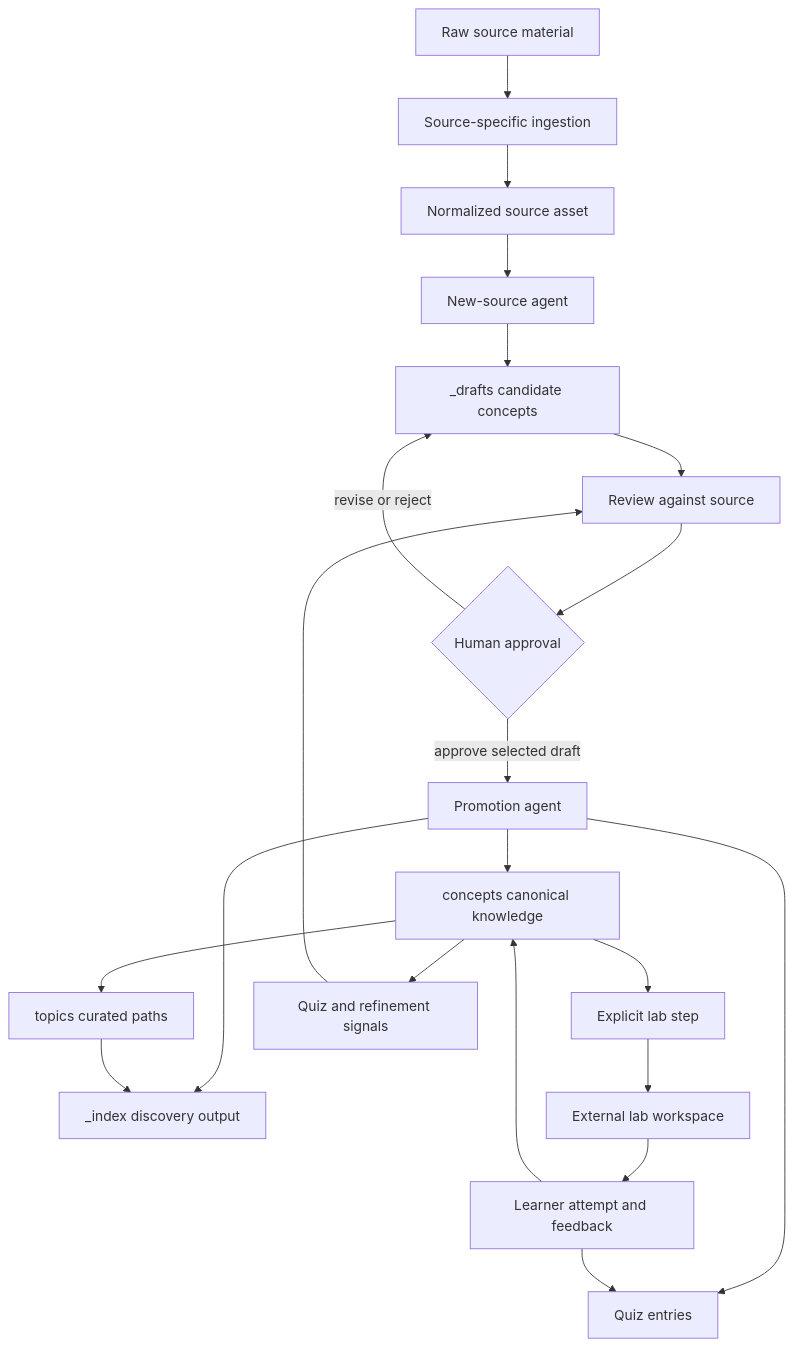
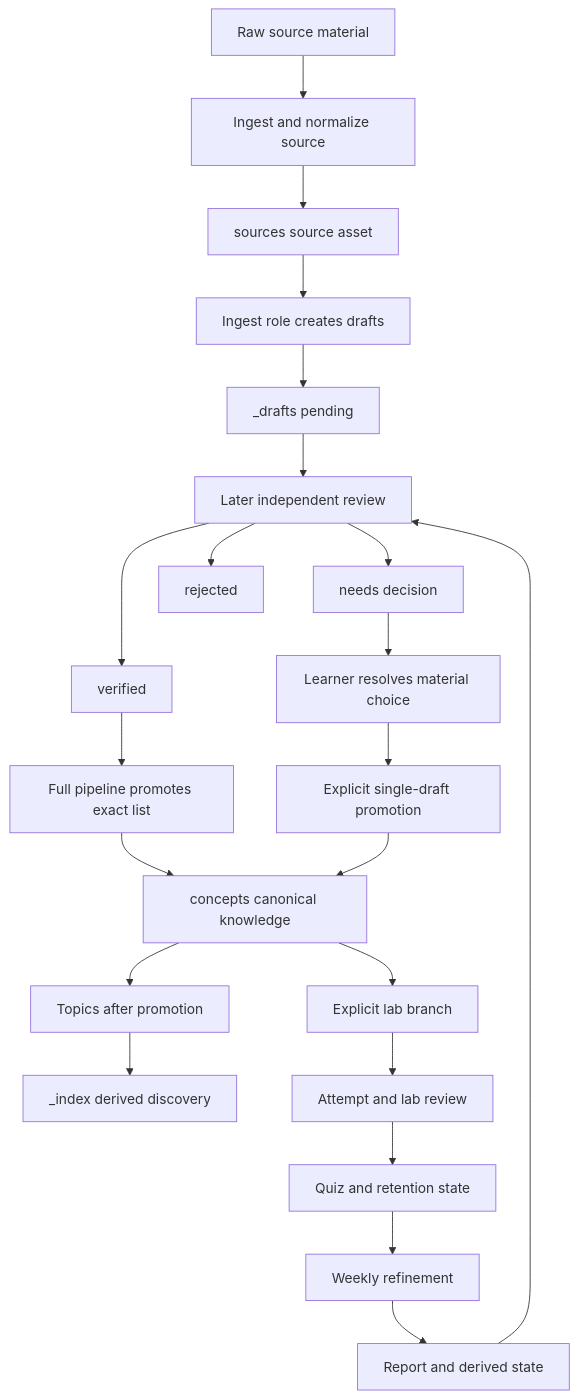
Before and after one commit to btceth9386-bot/study-vault: the diagram in openwiki/workflows/knowledge-lifecycle.md, drawn with Mermaid. The commit also changed other lines of this file and 16 other files, not shown here.

````diff
--- a/openwiki/workflows/knowledge-lifecycle.md
+++ b/openwiki/workflows/knowledge-lifecycle.md
@@ -49,23 +53,24 @@
 ```mermaid
 flowchart TD
-    Intake["Raw source material"] --> Normalize["Source-specific ingestion"]
-    Normalize --> Source["Normalized source asset"]
-    Source --> Drafting["New-source agent"]
-    Drafting --> Drafts["_drafts candidate concepts"]
-    Drafts --> Review["Review against source"]
-    Review --> Decision{"Human approval"}
-    Decision -->|"revise or reject"| Drafts
-    Decision -->|"approve selected draft"| Promote["Promotion agent"]
+    Raw["Raw source material"] --> Normalize["Ingest and normalize source"]
+    Normalize --> Source["sources source asset"]
+    Source --> Draft["Ingest role creates drafts"]
+    Draft --> Pending["_drafts pending"]
+    Pending --> Review["Source-scoped evidence review"]
+    Review --> Verified["verified"]
+    Review --> Decision["needs decision"]
+    Review --> Rejected["rejected"]
+    Verified --> Promote["Full pipeline promotes exact list"]
+    Decision --> Learner["Learner resolves material choice"]
+    Learner --> Manual["Explicit single-draft promotion"]
     Promote --> Concepts["concepts canonical knowledge"]
-    Promote --> Quiz["Quiz entries"]
-    Promote --> Indexes["_index discovery output"]
-    Concepts --> Topics["topics curated paths"]
-    Topics --> Indexes
-    Concepts --> Lab["Explicit lab step"]
-    Lab --> External["External lab workspace"]
-    External --> LabReview["Learner attempt and feedback"]
-    LabReview --> Quiz
-    LabReview --> Concepts
-    Concepts --> Retention["Quiz and refinement signals"]
-    Retention --> Review
+    Manual --> Concepts
+    Concepts --> Topics["Topics after promotion"]
+    Topics --> Indexes["_index derived discovery"]
+    Concepts --> Lab["Explicit lab branch"]
+    Lab --> Feedback["Attempt and lab review"]
+    Feedback --> Retention["Quiz and retention state"]
+    Retention --> Refine["Weekly refinement"]
+    Refine --> Signals["Report and derived state"]
+    Signals --> Review["Later independent review"]
 ```
````
